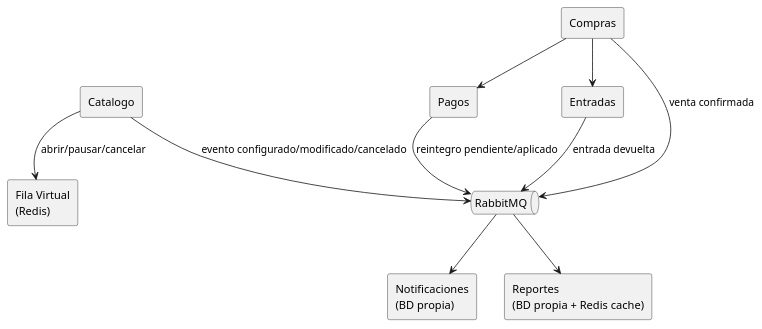
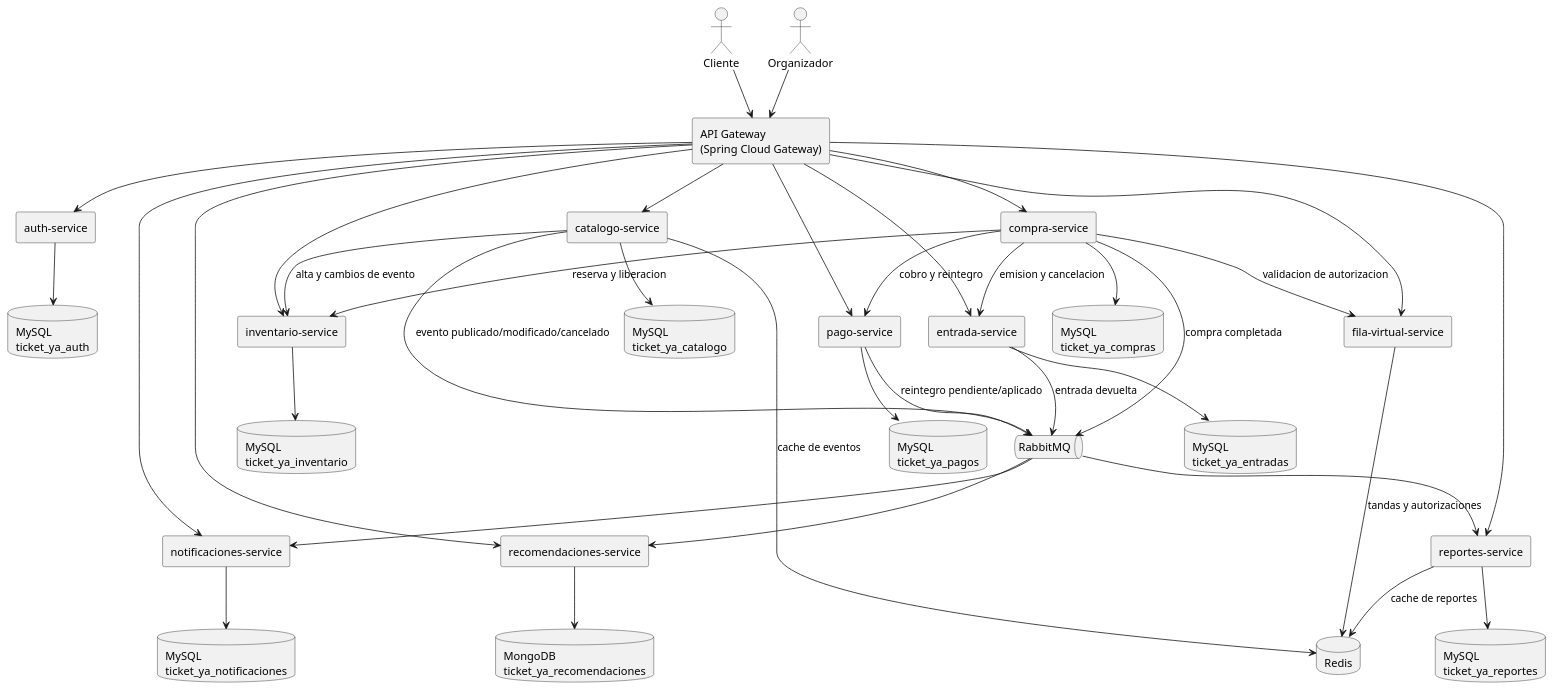
The diagram in docs/diagramas/modulos/diagrama-modulos-entrega2.puml (annaknell/TP4-arquitecturas-web-grupo1), drawn with PlantUML before and after one commit. The commit also changed 3 other files, not shown here.

Commit message:
completo coleccion de requests y diagramas y agrego decisiones tecnologicas

```diff
--- a/docs/diagramas/modulos/diagrama-modulos-entrega2.puml
+++ b/docs/diagramas/modulos/diagrama-modulos-entrega2.puml
@@ -1,20 +1,68 @@
 @startuml
 skinparam componentStyle rectangle
-component Catalogo
-component Compras
-component Pagos
-component Entradas
-component "Fila Virtual\n(Redis)" as Fila
-component "Notificaciones\n(BD propia)" as Notif
-component "Reportes\n(BD propia + Redis cache)" as Reportes
-queue RabbitMQ
-Catalogo --> Fila : abrir/pausar/cancelar
-Compras --> RabbitMQ : venta confirmada
-Catalogo --> RabbitMQ : evento configurado/modificado/cancelado
-Pagos --> RabbitMQ : reintegro pendiente/aplicado
-Entradas --> RabbitMQ : entrada devuelta
-RabbitMQ --> Notif
-RabbitMQ --> Reportes
-Compras --> Entradas
-Compras --> Pagos
+actor Cliente
+actor Organizador
+component "API Gateway\n(Spring Cloud Gateway)" as GW
+component "auth-service" as Auth
+component "catalogo-service" as Catalogo
+component "inventario-service" as Inventario
+component "compra-service" as Compras
+component "pago-service" as Pagos
+component "entrada-service" as Entradas
+component "fila-virtual-service" as Fila
+component "notificaciones-service" as Notif
+component "reportes-service" as Reportes
+component "recomendaciones-service" as Reco
+database "MySQL\nticket_ya_auth" as MySQLAuth
+database "MySQL\nticket_ya_catalogo" as MySQLCat
+database "MySQL\nticket_ya_inventario" as MySQLInv
+database "MySQL\nticket_ya_compras" as MySQLCom
+database "MySQL\nticket_ya_pagos" as MySQLPag
+database "MySQL\nticket_ya_entradas" as MySQLEnt
+database "MySQL\nticket_ya_notificaciones" as MySQLNot
+database "MySQL\nticket_ya_reportes" as MySQLRep
+database "MongoDB\nticket_ya_recomendaciones" as Mongo
+database "Redis" as Redis
+queue "RabbitMQ" as MQ
+
+Cliente --> GW
+Organizador --> GW
+GW --> Auth
+GW --> Catalogo
+GW --> Inventario
+GW --> Compras
+GW --> Pagos
+GW --> Entradas
+GW --> Fila
+GW --> Notif
+GW --> Reportes
+GW --> Reco
+
+Auth --> MySQLAuth
+Catalogo --> MySQLCat
+Inventario --> MySQLInv
+Compras --> MySQLCom
+Pagos --> MySQLPag
+Entradas --> MySQLEnt
+Notif --> MySQLNot
+Reportes --> MySQLRep
+Reco --> Mongo
+
+Fila --> Redis : tandas y autorizaciones
+Catalogo --> Redis : cache de eventos
+Reportes --> Redis : cache de reportes
+
+Catalogo --> Inventario : alta y cambios de evento
+Compras --> Inventario : reserva y liberacion
+Compras --> Pagos : cobro y reintegro
+Compras --> Entradas : emision y cancelacion
+Compras --> Fila : validacion de autorizacion
+
+Catalogo --> MQ : evento publicado/modificado/cancelado
+Compras --> MQ : compra completada
+Pagos --> MQ : reintegro pendiente/aplicado
+Entradas --> MQ : entrada devuelta
+MQ --> Notif
+MQ --> Reportes
+MQ --> Reco
 @enduml
```
